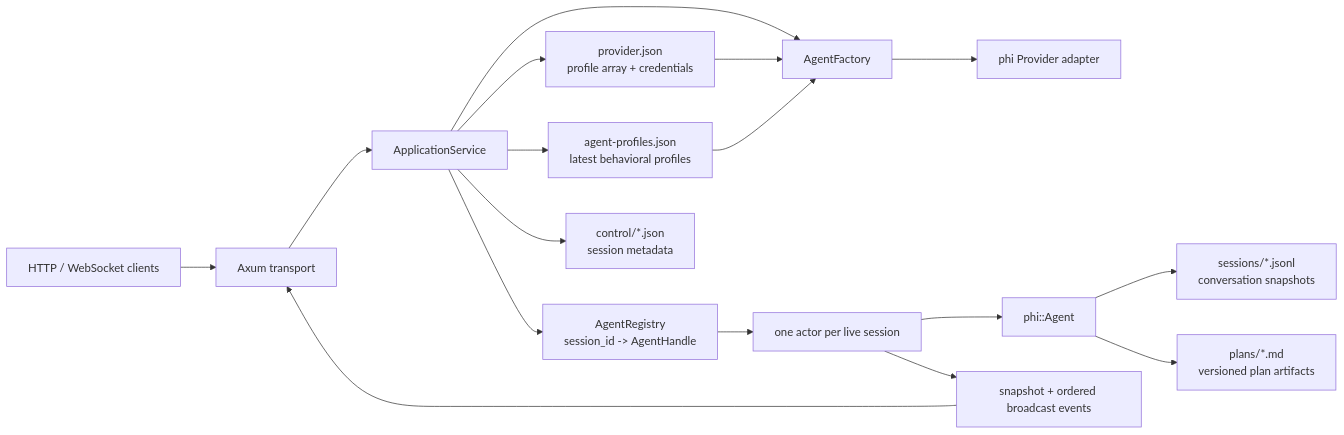
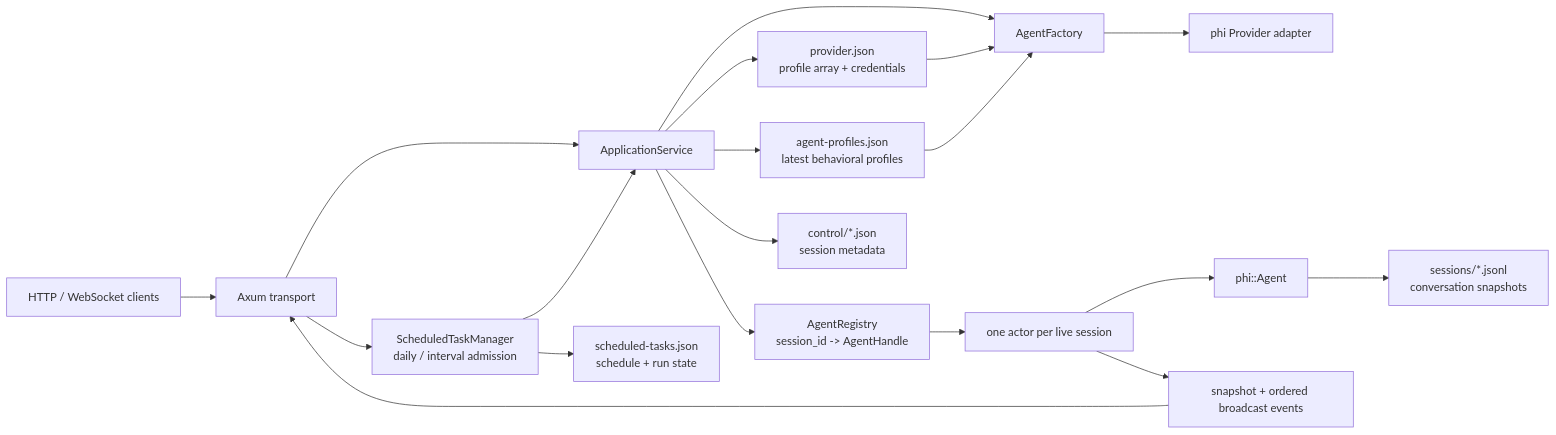
Before and after one commit to yearsyan/phi: the diagram in crates/phi-daemon/README.md, drawn with Mermaid. The commit also changed other lines of this file and 127 other files, not shown here.

````diff
--- a/crates/phi-daemon/README.md
+++ b/crates/phi-daemon/README.md
@@ -15,19 +14,21 @@
 ```mermaid
 flowchart LR
     Client["HTTP / WebSocket clients"] --> Axum["Axum transport"]
     Axum --> Service["ApplicationService"]
     Service --> Registry["AgentRegistry<br/>session_id -> AgentHandle"]
     Service --> Factory["AgentFactory"]
     Service --> ProviderProfiles["provider.json<br/>profile array + credentials"]
     ProviderProfiles --> Factory
     Service --> AgentProfiles["agent-profiles.json<br/>latest behavioral profiles"]
     AgentProfiles --> Factory
+    Axum --> Scheduler["ScheduledTaskManager<br/>daily / interval admission"]
+    Scheduler --> Service
+    Scheduler --> ScheduledStore["scheduled-tasks.json<br/>schedule + run state"]
     Factory --> Provider["phi Provider adapter"]
     Registry --> Actor["one actor per live session"]
     Actor --> Agent["phi::Agent"]
     Actor --> Hub["snapshot + ordered broadcast events"]
     Hub --> Axum
     Service --> Metadata["control/*.json<br/>session metadata"]
     Agent --> Transcript["sessions/*.jsonl<br/>conversation snapshots"]
-    Agent --> Plans["plans/*.md<br/>versioned plan artifacts"]
 ```
````
